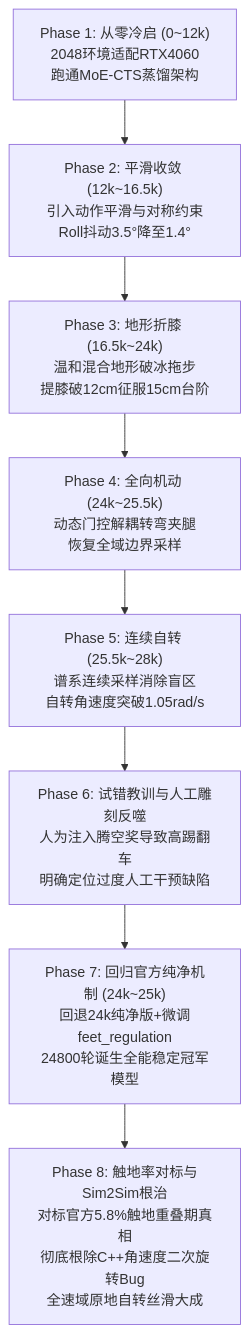
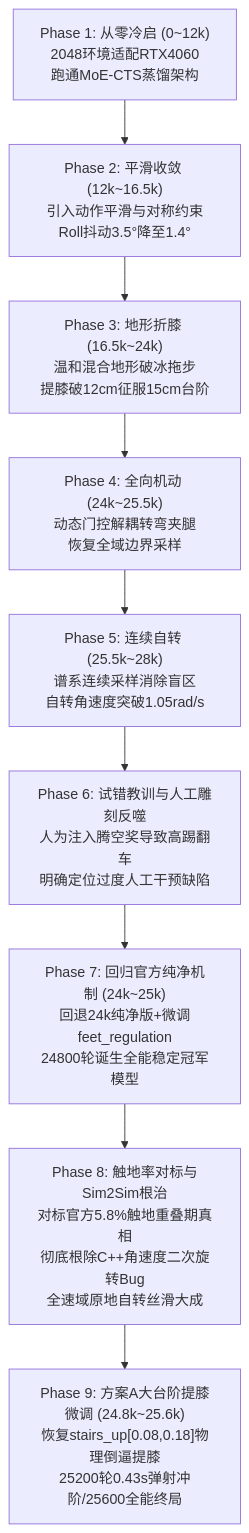
One commit to gracedaothanapornrei7547-beep/MOS-CTS_go2 changed the diagram in README.md. Above: the diagram before and after it, drawn with Mermaid. The commit also changed other lines of this file and 6 other files, not shown here.

````diff
--- a/README.md
+++ b/README.md
@@ -12,10 +12,11 @@
 ```mermaid
 flowchart TD
     P1["Phase 1: 从零冷启 (0~12k)\n2048环境适配RTX4060\n跑通MoE-CTS蒸馏架构"] --> P2["Phase 2: 平滑收敛 (12k~16.5k)\n引入动作平滑与对称约束\nRoll抖动3.5°降至1.4°"]
     P2 --> P3["Phase 3: 地形折膝 (16.5k~24k)\n温和混合地形破冰拖步\n提膝破12cm征服15cm台阶"]
     P3 --> P4["Phase 4: 全向机动 (24k~25.5k)\n动态门控解耦转弯夹腿\n恢复全域边界采样"]
     P4 --> P5["Phase 5: 连续自转 (25.5k~28k)\n谱系连续采样消除盲区\n自转角速度突破1.05rad/s"]
     P5 --> P6["Phase 6: 试错教训与人工雕刻反噬\n人为注入腾空奖导致高踢翻车\n明确定位过度人工干预缺陷"]
     P6 --> P7["Phase 7: 回归官方纯净机制 (24k~25k)\n回退24k纯净版+微调feet_regulation\n24800轮诞生全能稳定冠军模型"]
     P7 --> P8["Phase 8: 触地率对标与Sim2Sim根治\n对标官方5.8%触地重叠期真相\n彻底根除C++角速度二次旋转Bug\n全速域原地自转丝滑大成"]
+    P8 --> P9["Phase 9: 方案A大台阶提膝微调 (24.8k~25.6k)\n恢复stairs_up[0.08,0.18]物理倒逼提膝\n25200轮0.43s弹射冲阶/25600全能终局"]
 ```
````
